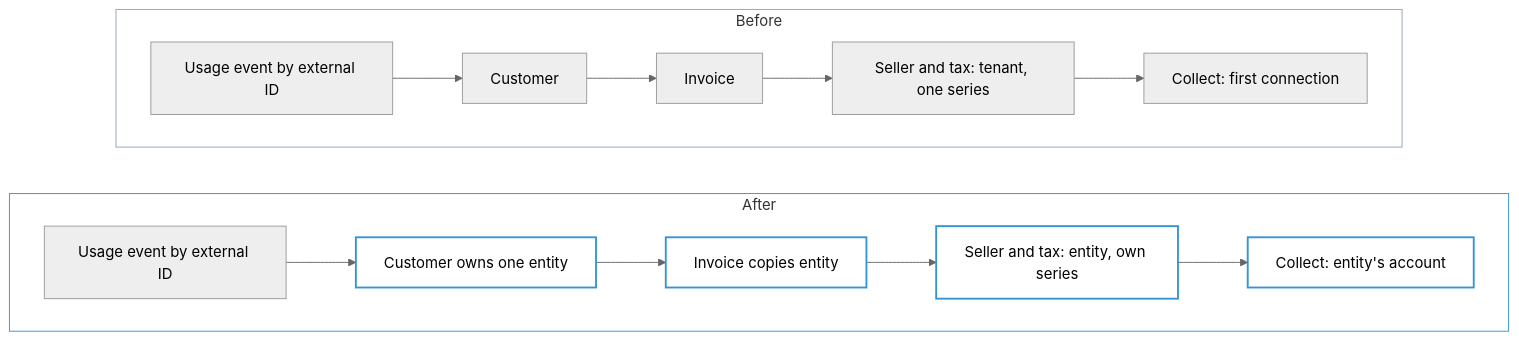
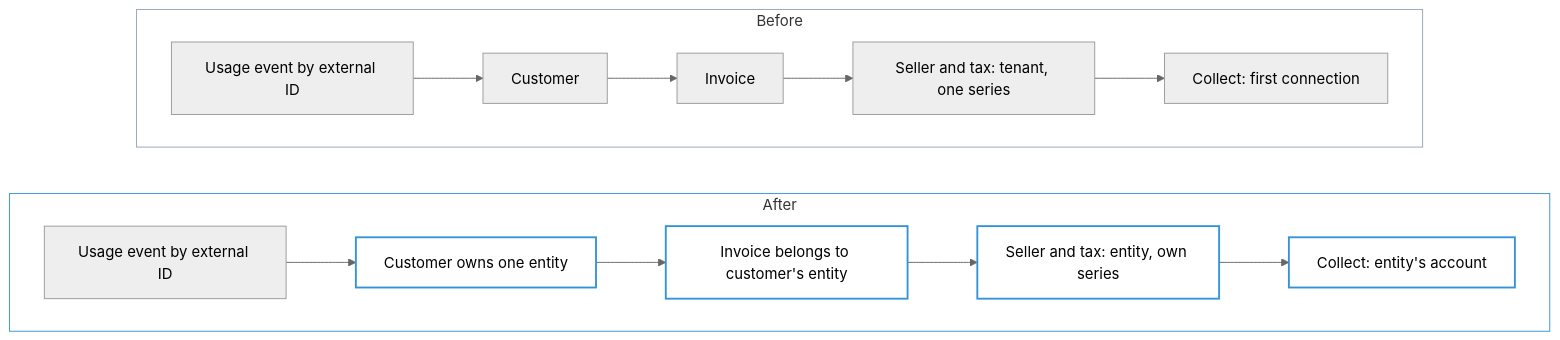
Before and after one commit to flexprice/flexprice: the third of 6 diagrams in docs/design/2026-10-21-multi-entity-billing-erd.md, drawn with Mermaid (neutral theme). The commit also changed other lines of this file, not shown here.

First line of the commit message:
docs(billing-entities): store entity on customers and connections only

````diff
--- a/docs/design/2026-10-21-multi-entity-billing-erd.md
+++ b/docs/design/2026-10-21-multi-entity-billing-erd.md
@@ -139,16 +140,16 @@
 ```mermaid
 flowchart TB
   subgraph Before
     direction LR
     A1[Usage event by external ID] --> A2[Customer] --> A3[Invoice] --> A4[Seller and tax: tenant, one series] --> A5[Collect: first connection]
   end
   subgraph After
     direction LR
-    B1[Usage event by external ID] --> B2[Customer owns one entity] --> B3[Invoice copies entity] --> B4[Seller and tax: entity, own series] --> B5[Collect: entity's account]
+    B1[Usage event by external ID] --> B2[Customer owns one entity] --> B3[Invoice belongs to customer's entity] --> B4[Seller and tax: entity, own series] --> B5[Collect: entity's account]
   end
   Before ~~~ After
   style Before fill:none,stroke:#94a3b8
   style After fill:none,stroke:#3293d9
   classDef changed fill:none,stroke:#3293d9,stroke-width:2px
   class B2,B3,B4,B5 changed
 ```
````
